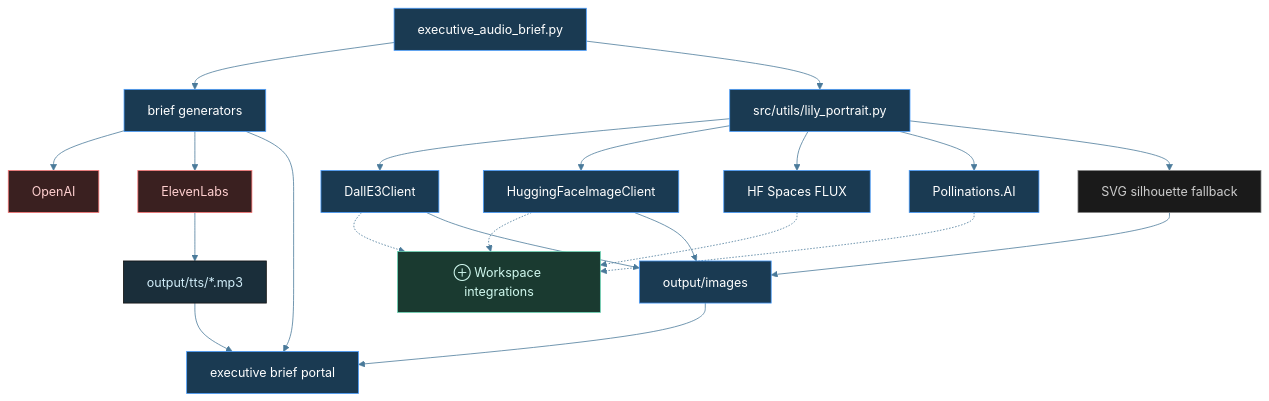
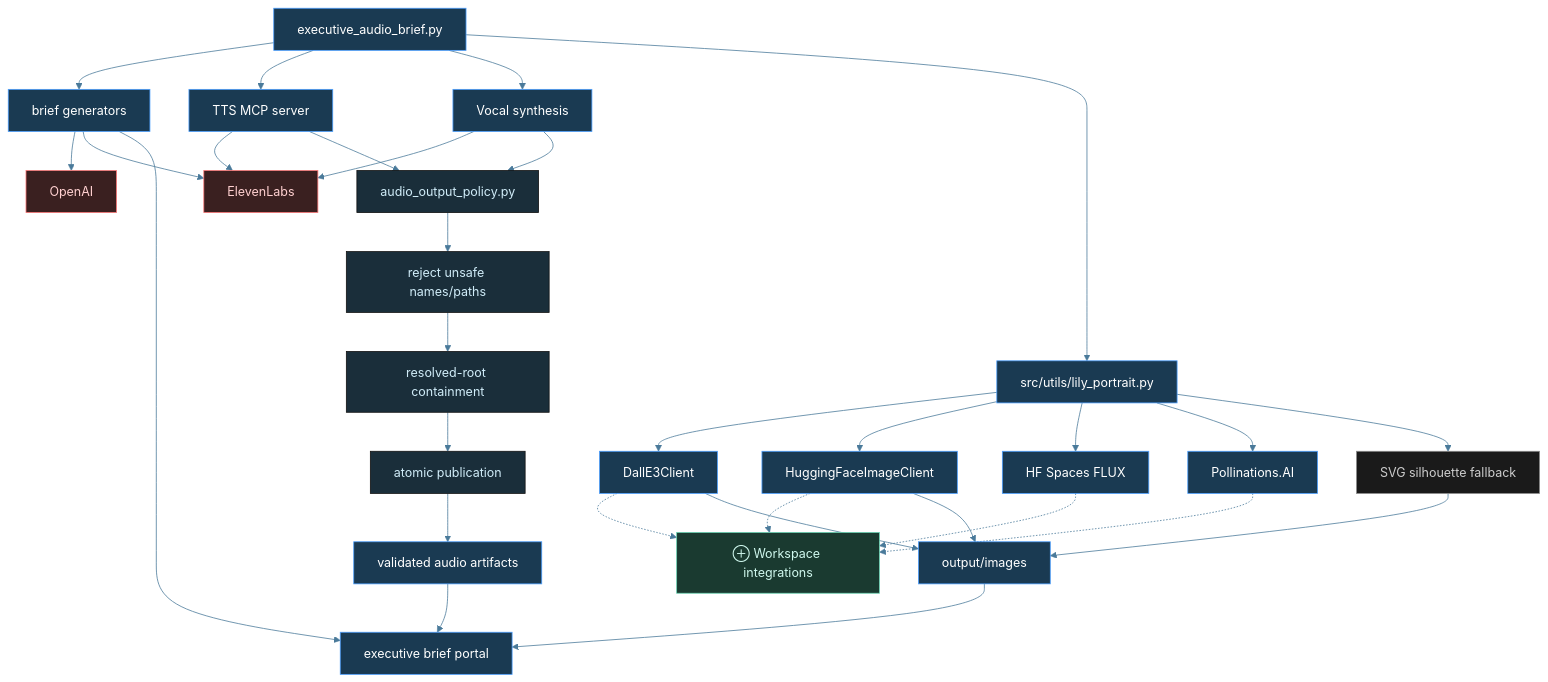
One commit to tylerdrakemusic/-Workspace changed the diagram in diagrams/manifest-derived-media-pipeline.mmd. Above: the diagram before and after it, drawn with Mermaid. The commit also changed 2 other files, not shown here.

Commit message:
⊕ workspace: document AI-Manifest audio output boundaries

```diff
--- a/diagrams/manifest-derived-media-pipeline.mmd
+++ b/diagrams/manifest-derived-media-pipeline.mmd
@@ -1,32 +1,42 @@
 %%{init: {'theme': 'base', 'themeVariables': {'primaryColor': '#1a2e3a', 'primaryTextColor': '#d0ecf8', 'edgeLabelBackground': '#0f1318', 'lineColor': '#4a7a9a'}}}%%
 %% is_derived_view=true
 %% Traceability.parent: diagrams/manifest-architecture.mmd
 graph TB
     Tools[executive_audio_brief.py] --> Briefs[brief generators]
+    Tools --> MCP[TTS MCP server]
+    Tools --> Vocal[Vocal synthesis]
     Briefs --> OpenAI[OpenAI]
     Briefs --> ElevenLabs[ElevenLabs]
     Tools --> Lily[src/utils/lily_portrait.py]
     Lily --> DallE3[DallE3Client]
     Lily --> HFImage[HuggingFaceImageClient]
     Lily --> HFSpaces[HF Spaces FLUX]
     Lily --> Pollinations[Pollinations.AI]
     Lily --> Fallback[SVG silhouette fallback]
     DallE3 -.-> WS[⊕ Workspace integrations]
     HFImage -.-> WS
     HFSpaces -.-> WS
     Pollinations -.-> WS
     DallE3 --> Images[output/images]
     HFImage --> Images
     Fallback --> Images
     Images --> Portal[executive brief portal]
+    MCP --> ElevenLabs
+    Vocal --> ElevenLabs
+    MCP --> AudioPolicy[audio_output_policy.py]
+    Vocal --> AudioPolicy
+    AudioPolicy --> Reject[reject unsafe names/paths]
+    Reject --> RootContainment[resolved-root containment]
+    RootContainment --> AtomicPublish[atomic publication]
+    AtomicPublish --> AudioOut[validated audio artifacts]
     AudioOut --> Portal
-    ElevenLabs --> AudioOut[output/tts/*.mp3]
     Briefs --> Portal
-    class Tools,Briefs,Lily,DallE3,HFImage,HFSpaces,Pollinations,Images,Portal orch
+    class Tools,Briefs,MCP,Vocal,Lily,DallE3,HFImage,HFSpaces,Pollinations,Images,Portal,AudioOut orch
+    class AudioPolicy,Reject,RootContainment,AtomicPublish manifest
     class Fallback state
     class WS ws
     class OpenAI,ElevenLabs ext
 classDef orch fill:#1a3a52,stroke:#4a9eff,color:#fff
 classDef ws fill:#1a3a30,stroke:#6ad4b4,color:#d0f8ee
 classDef ext fill:#3a2020,stroke:#ff7a7a,color:#ffd0d0
 classDef state fill:#1a1a1a,stroke:#888888,color:#cccccc
```
